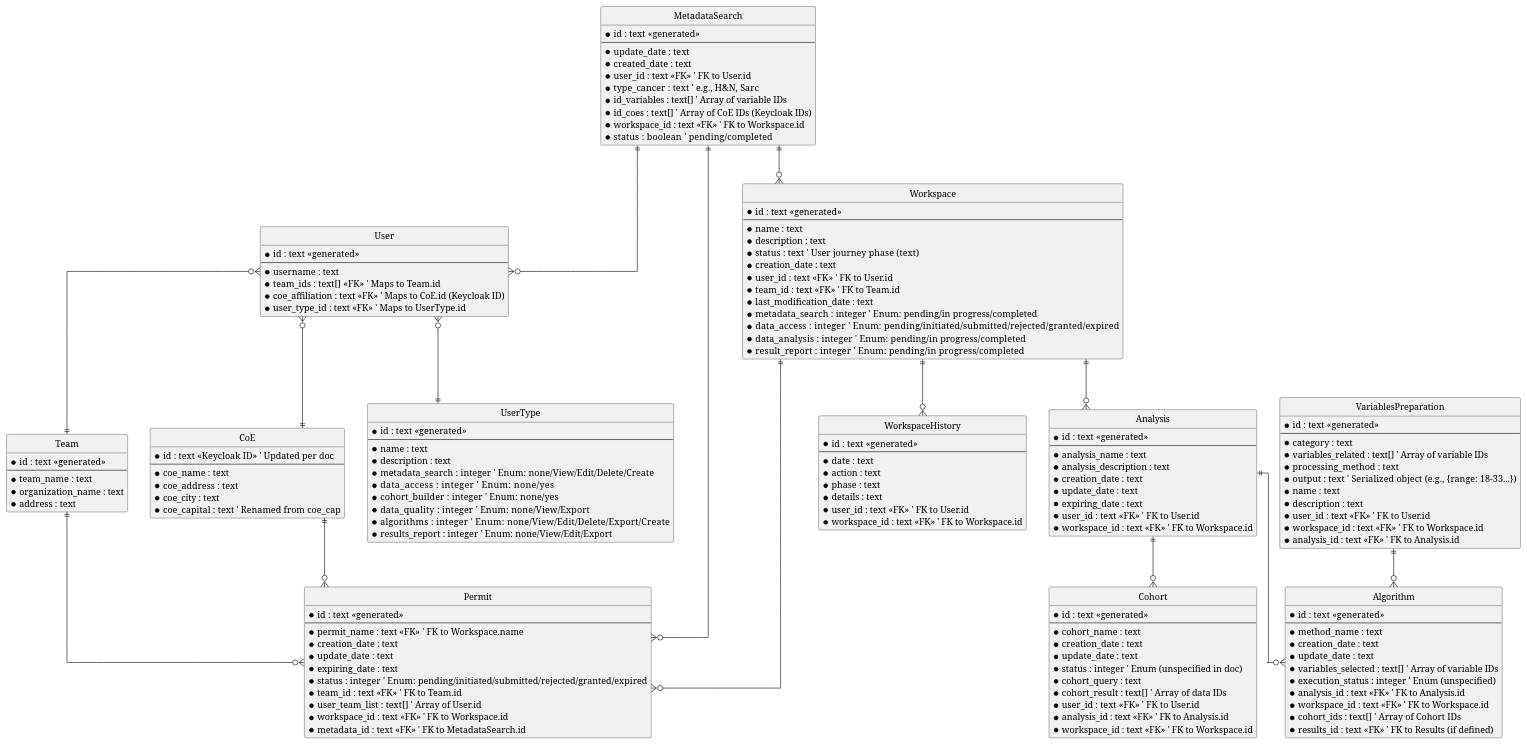
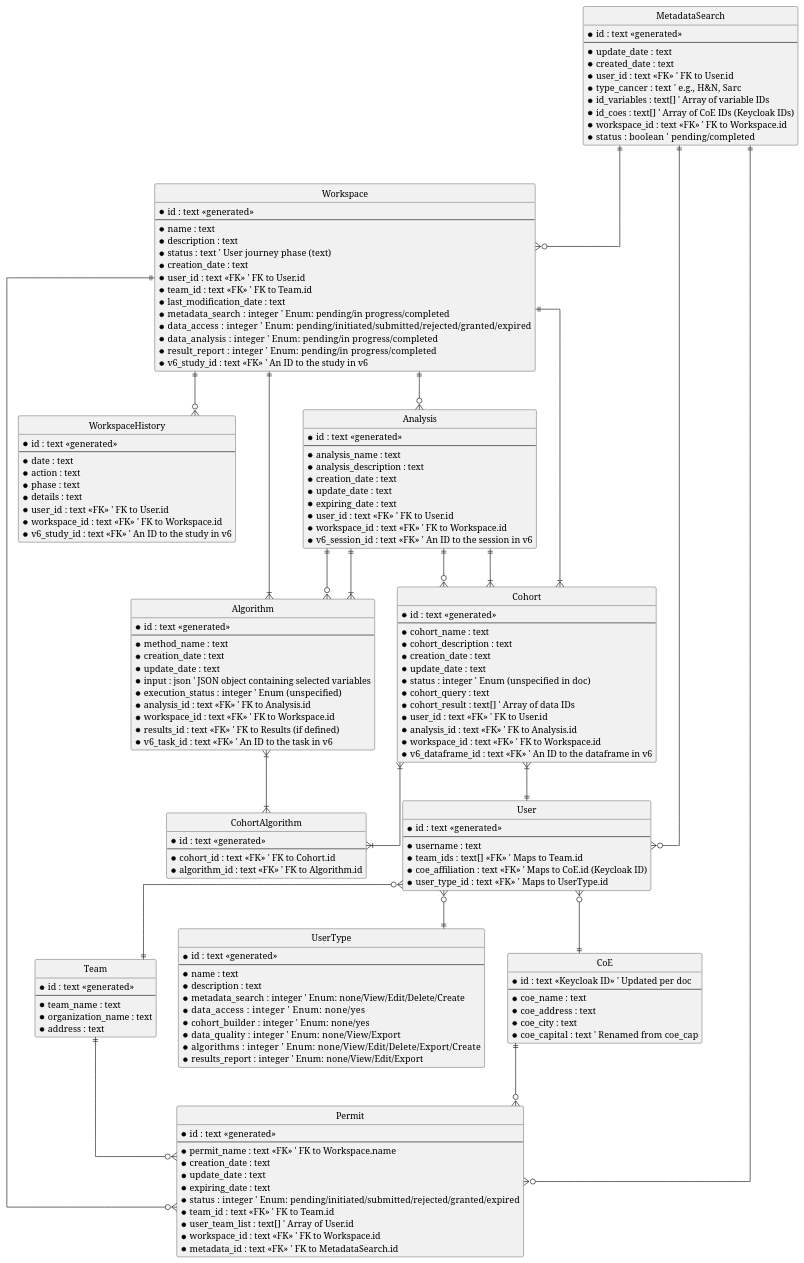
One commit to IDEA4RC/raven-database-model changed the diagram in model.plantuml. Above: the diagram before and after it, drawn with PlantUML.

Commit message:
Model changes

```diff
--- a/model.plantuml
+++ b/model.plantuml
@@ -1,171 +1,178 @@
 @startuml RavenDB
 
 ' configuration
 hide circle
 skinparam linetype ortho
 
 ' ---- Entities ----
 entity User {
     * id : text <<generated>>
     --
     * username : text
     * team_ids : text[] <<FK>>  ' Maps to Team.id
     * coe_affiliation : text <<FK>>  ' Maps to CoE.id (Keycloak ID)
     * user_type_id : text <<FK>>  ' Maps to UserType.id
 }
 
 entity Team {
     * id : text <<generated>>
     --
     * team_name : text
     * organization_name : text
     * address : text
 }
 
 entity CoE {
     * id : text <<Keycloak ID>>  ' Updated per doc
     --
     * coe_name : text
     * coe_address : text
     * coe_city : text
     * coe_capital : text  ' Renamed from coe_cap
 }
 
 entity UserType {
     * id : text <<generated>>
     --
     * name : text
     * description : text
     * metadata_search : integer  ' Enum: none/View/Edit/Delete/Create
     * data_access : integer      ' Enum: none/yes
     * cohort_builder : integer   ' Enum: none/yes
     * data_quality : integer     ' Enum: none/View/Export
     * algorithms : integer       ' Enum: none/View/Edit/Delete/Export/Create
     * results_report : integer   ' Enum: none/View/Edit/Export
 }
 
 entity Permit {
     * id : text <<generated>>
     --
     * permit_name : text <<FK>>  ' FK to Workspace.name
     * creation_date : text
     * update_date : text
     * expiring_date : text
     * status : integer  ' Enum: pending/initiated/submitted/rejected/granted/expired
     * team_id : text <<FK>>  ' FK to Team.id
     * user_team_list : text[]  ' Array of User.id
     * workspace_id : text <<FK>>  ' FK to Workspace.id
     * metadata_id : text <<FK>>  ' FK to MetadataSearch.id
 }
 
 entity MetadataSearch {
     * id : text <<generated>>
     --
     * update_date : text
     * created_date : text
     * user_id : text <<FK>>  ' FK to User.id
     * type_cancer : text  ' e.g., H&N, Sarc
     * id_variables : text[]  ' Array of variable IDs
     * id_coes : text[]  ' Array of CoE IDs (Keycloak IDs)
     * workspace_id : text <<FK>>  ' FK to Workspace.id
     * status : boolean  ' pending/completed
 }
 
 entity Workspace {
     * id : text <<generated>>
     --
     * name : text
     * description : text
     * status : text  ' User journey phase (text)
     * creation_date : text
     * user_id : text <<FK>>  ' FK to User.id
     * team_id : text <<FK>>  ' FK to Team.id
     * last_modification_date : text
     * metadata_search : integer  ' Enum: pending/in progress/completed
     * data_access : integer      ' Enum: pending/initiated/submitted/rejected/granted/expired
     * data_analysis : integer    ' Enum: pending/in progress/completed
     * result_report : integer    ' Enum: pending/in progress/completed
+    * v6_study_id : text <<FK>>  ' An ID to the study in v6
 }
 
 entity WorkspaceHistory {
     * id : text <<generated>>
     --
     * date : text
     * action : text
     * phase : text
     * details : text
     * user_id : text <<FK>>  ' FK to User.id
     * workspace_id : text <<FK>>  ' FK to Workspace.id
+    * v6_study_id : text <<FK>>  ' An ID to the study in v6
 }
 
 entity Analysis {
     * id : text <<generated>>
     --
     * analysis_name : text
     * analysis_description : text
     * creation_date : text
     * update_date : text
     * expiring_date : text
     * user_id : text <<FK>>  ' FK to User.id
     * workspace_id : text <<FK>>  ' FK to Workspace.id
+    * v6_session_id : text <<FK>>  ' An ID to the session in v6
 }
 
 entity Cohort {
     * id : text <<generated>>
     --
     * cohort_name : text
+    * cohort_description : text
     * creation_date : text
     * update_date : text
     * status : integer  ' Enum (unspecified in doc)
     * cohort_query : text
     * cohort_result : text[]  ' Array of data IDs
     * user_id : text <<FK>>  ' FK to User.id
     * analysis_id : text <<FK>>  ' FK to Analysis.id
     * workspace_id : text <<FK>>  ' FK to Workspace.id
-}
-
-entity VariablesPreparation {
-    * id : text <<generated>>
-    --
-    * category : text
-    * variables_related : text[]  ' Array of variable IDs
-    * processing_method : text
-    * output : text  ' Serialized object (e.g., {range: 18-33...})
-    * name : text
-    * description : text
-    * user_id : text <<FK>>  ' FK to User.id
-    * workspace_id : text <<FK>>  ' FK to Workspace.id
-    * analysis_id : text <<FK>>  ' FK to Analysis.id
+    * v6_dataframe_id : text <<FK>>  ' An ID to the dataframe in v6
 }
 
 entity Algorithm {
     * id : text <<generated>>
     --
     * method_name : text
     * creation_date : text
     * update_date : text
-    * variables_selected : text[]  ' Array of variable IDs
+    * input : json ' JSON object containing selected variables
     * execution_status : integer  ' Enum (unspecified)
     * analysis_id : text <<FK>>  ' FK to Analysis.id
     * workspace_id : text <<FK>>  ' FK to Workspace.id
-    * cohort_ids : text[]  ' Array of Cohort IDs
     * results_id : text <<FK>>  ' FK to Results (if defined)
+    * v6_task_id : text <<FK>>  ' An ID to the task in v6
+}
+
+entity CohortAlgorithm {
+    * id : text <<generated>>
+    --
+    * cohort_id : text <<FK>>  ' FK to Cohort.id
+    * algorithm_id : text <<FK>>  ' FK to Algorithm.id
 }
 
 ' ---- Relationships ----
 User }o--|| Team
 User }o--|| CoE
 User }o--|| UserType
 CoE ||--o{ Permit
 Team ||--o{ Permit
 Workspace ||--o{ Permit
 Workspace ||--o{ WorkspaceHistory
 Workspace ||--o{ Analysis
 Analysis ||--o{ Cohort
 Analysis ||--o{ Algorithm
-VariablesPreparation ||--o{ Algorithm
 MetadataSearch ||--o{ Permit
 MetadataSearch ||--o{ Workspace
 MetadataSearch ||--o{ User
 
+Cohort }|--|| Analysis
+Cohort }|--|| Workspace
+Cohort }|--|| User
+
+Algorithm }|--|| Analysis
+Algorithm }|--|| Workspace
+
+Cohort }|--|{ CohortAlgorithm
+Algorithm }|--|{ CohortAlgorithm
+
 @enduml
```
